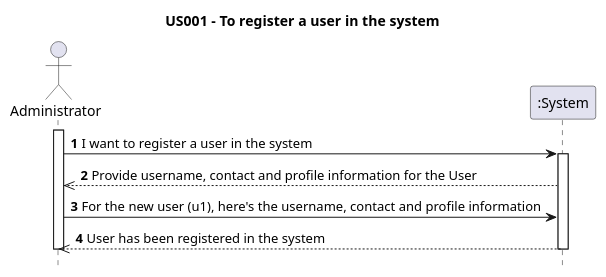
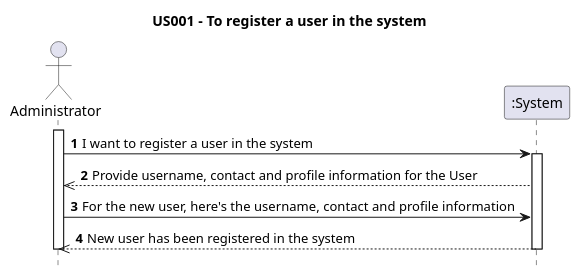
One commit to AndrePereiraGitH/SWitCH-Project-Team_A changed the diagram in Diagrams/SequenceDiagrams/N1/US001-to-register-a-user-in-the-system.puml. Above: the diagram before and after it, drawn with PlantUML. The commit also changed 8 other files, not shown here.

Commit message:
Finished #23 #26, sequence and class diagram finished

```diff
--- a/Diagrams/SequenceDiagrams/N1/US001-to-register-a-user-in-the-system.puml
+++ b/Diagrams/SequenceDiagrams/N1/US001-to-register-a-user-in-the-system.puml
@@ -1,21 +1,22 @@
 @startuml
 
 hide footbox
+autonumber
 
 title US001 - To register a user in the system
 
 actor Administrator
 participant ":System" as System
 
 ' Human contact between Administrator and UI
 activate Administrator
-    Administrator -> System : **1** I want to register a user in the system
+    Administrator -> System : I want to register a user in the system
 
     activate System
-    System -->> Administrator : **2** Provide username, contact and profile information for the User
-    Administrator -> System : **3** For the new user (u1), here's the username, contact and profile information
-    System -->> Administrator : **4** User has been registered in the system
+    System -->> Administrator : Provide username, contact and profile information for the User
+    Administrator -> System : For the new user, here's the username, contact and profile information
+    System -->> Administrator : New user has been registered in the system
     deactivate System
 
 deactivate Administrator
 @enduml
```
